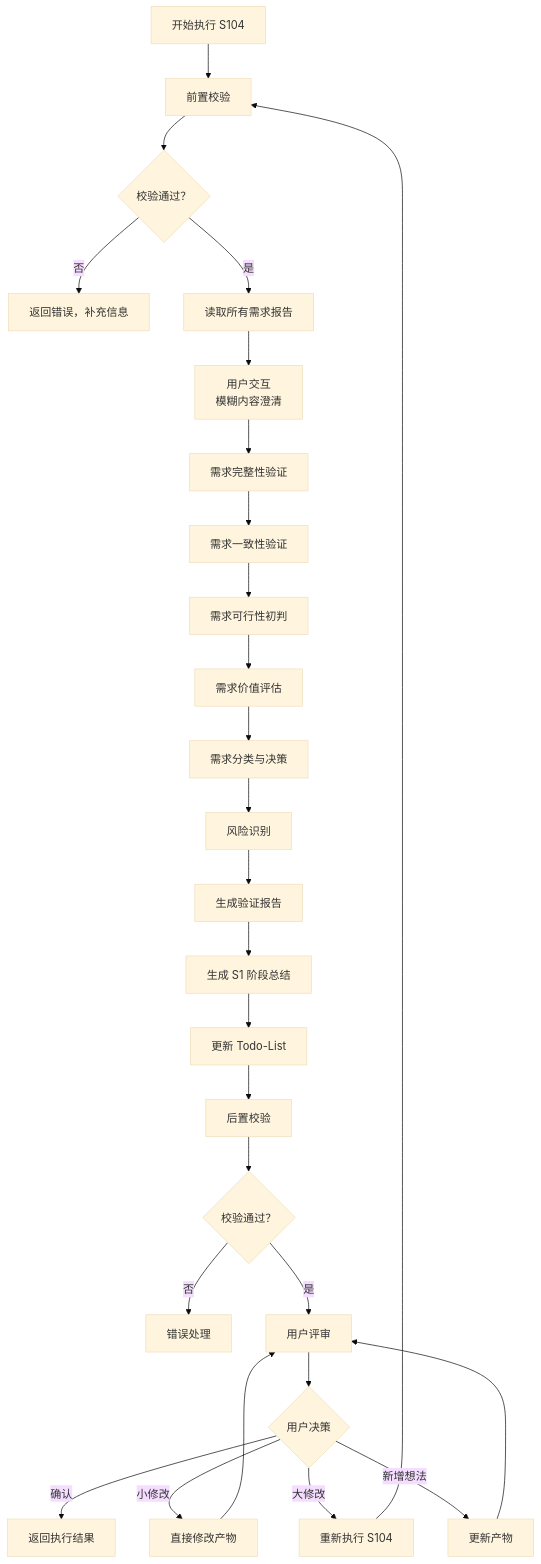
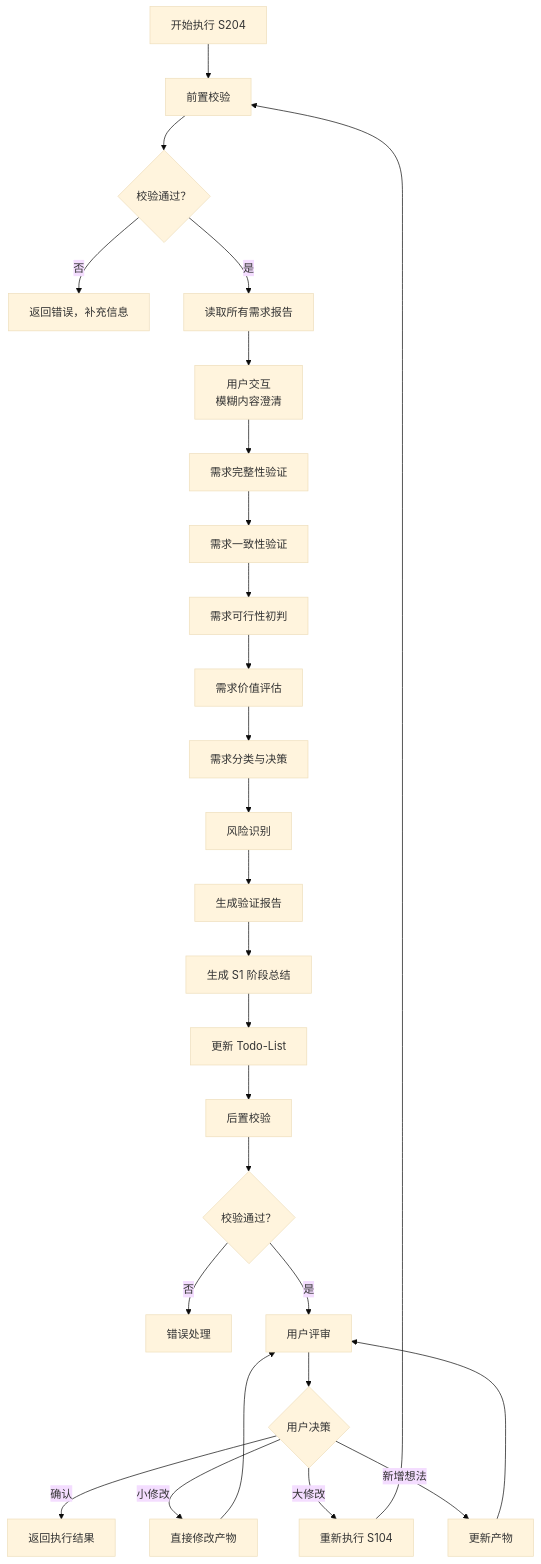
Before and after one commit to HeartFlying/swf: the first of 2 diagrams in skills/s2-validation/SKILL.md, drawn with Mermaid (base theme). The commit also changed other lines of this file and 10 other files, not shown here.

````diff
--- a/skills/s2-validation/SKILL.md
+++ b/skills/s2-validation/SKILL.md
@@ -128,29 +128,29 @@
 ```mermaid
 flowchart TD
-    Start[开始执行 S104] --> PreCheck[前置校验]
+    Start[开始执行 S204] --> PreCheck[前置校验]
     PreCheck --> CheckResult{校验通过？}
     CheckResult -->|否 | Error[返回错误，补充信息]
     CheckResult -->|是 | Read[读取所有需求报告]
     Read --> Interact[用户交互<br/>模糊内容澄清]
     Interact --> Completeness[需求完整性验证]
     Completeness --> Consistency[需求一致性验证]
     Consistency --> Feasibility[需求可行性初判]
     Feasibility --> Value[需求价值评估]
     Value --> Decision[需求分类与决策]
     Decision --> Risk[风险识别]
     Risk --> GenReport[生成验证报告]
     GenReport --> GenSummary[生成 S1 阶段总结]
     GenSummary --> UpdateTodo[更新 Todo-List]
     UpdateTodo --> PostCheck[后置校验]
     PostCheck --> PostCheckResult{校验通过？}
     PostCheckResult -->|否 | HandleError[错误处理]
     PostCheckResult -->|是 | Review[用户评审]
     Review --> ReviewResult{用户决策}
     ReviewResult -->|确认 | Return[返回执行结果]
     ReviewResult -->|小修改 | Modify[直接修改产物]
     ReviewResult -->|大修改 | ReExecute[重新执行 S104]
     ReviewResult -->|新增想法 | Update[更新产物]
     Modify --> Review
     Update --> Review
     ReExecute --> PreCheck
 ```
````
